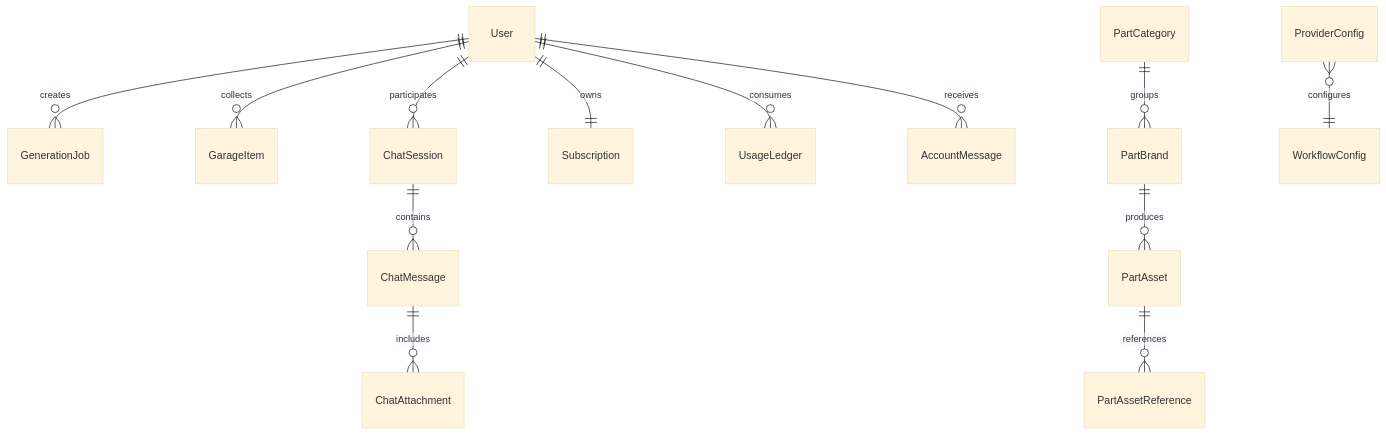
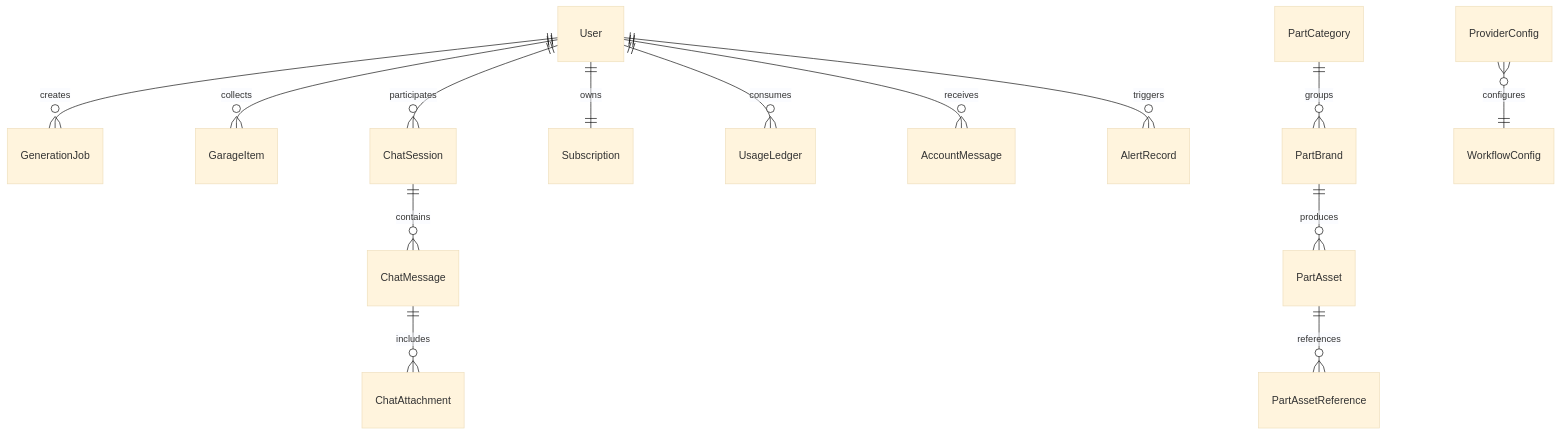
The fourth of 4 diagrams in docs/BUSINESS_DOMAIN.md (kyrieljy/car-edit), drawn with Mermaid (base theme) before and after one commit. The commit also changed other lines of this file and 30 other files, not shown here.

Commit message:
添加运营图表

````diff
--- a/docs/BUSINESS_DOMAIN.md
+++ b/docs/BUSINESS_DOMAIN.md
@@ -227,18 +240,19 @@
 ```mermaid
 erDiagram
     User ||--o{ GenerationJob : creates
     User ||--o{ GarageItem : collects
     User ||--o{ ChatSession : participates
     User ||--|| Subscription : owns
     User ||--o{ UsageLedger : consumes
     User ||--o{ AccountMessage : receives
+    User ||--o{ AlertRecord : triggers
 
     ChatSession ||--o{ ChatMessage : contains
     ChatMessage ||--o{ ChatAttachment : includes
 
     PartCategory ||--o{ PartBrand : groups
     PartBrand ||--o{ PartAsset : produces
     PartAsset ||--o{ PartAssetReference : references
 
     ProviderConfig }o--|| WorkflowConfig : configures
 ```
````
